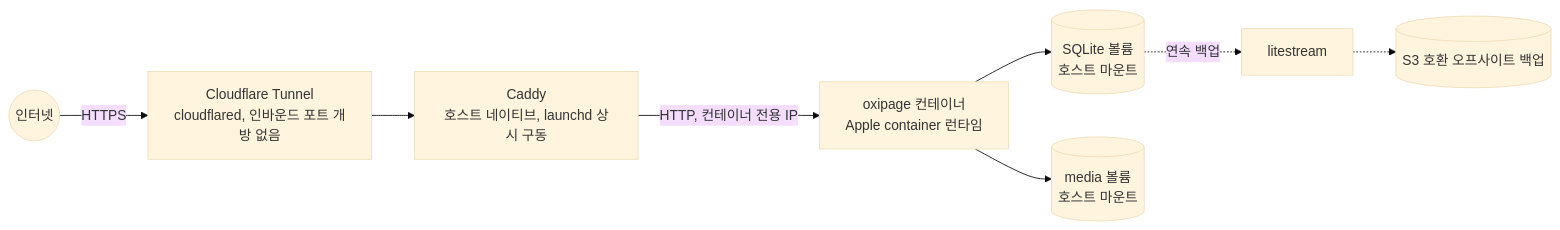
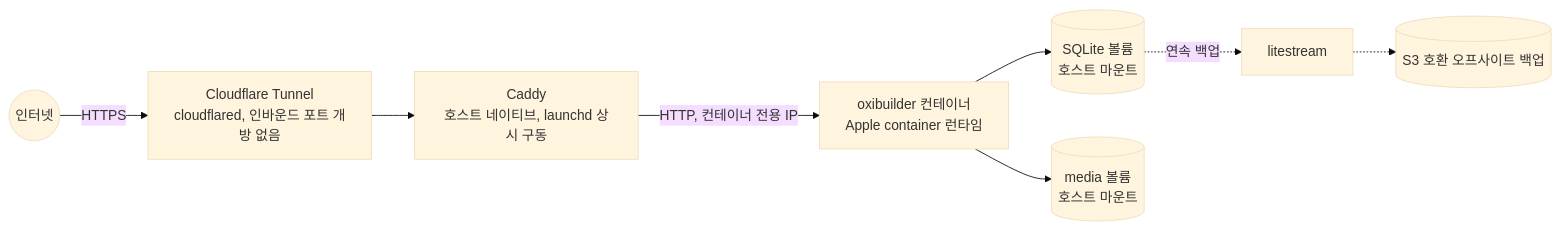
One commit to a7garden/oxipage changed the diagram in doc/05-deployment-self-hosting.md. Above: the diagram before and after it, drawn with Mermaid (base theme). The commit also changed other lines of this file and 399 other files, not shown here.

First line of the commit message:
refactor: rename oxipage → oxibuilder

````diff
--- a/doc/05-deployment-self-hosting.md
+++ b/doc/05-deployment-self-hosting.md
@@ -23,9 +23,9 @@
 ```mermaid
 graph LR
     Internet((인터넷)) -->|HTTPS| CF[Cloudflare Tunnel<br/>cloudflared, 인바운드 포트 개방 없음]
     CF --> Caddy[Caddy<br/>호스트 네이티브, launchd 상시 구동]
-    Caddy -->|HTTP, 컨테이너 전용 IP| App[oxipage 컨테이너<br/>Apple container 런타임]
+    Caddy -->|HTTP, 컨테이너 전용 IP| App[oxibuilder 컨테이너<br/>Apple container 런타임]
     App --> Vol1[(SQLite 볼륨<br/>호스트 마운트)]
     App --> Vol2[(media 볼륨<br/>호스트 마운트)]
     Vol1 -.연속 백업.-> Litestream[litestream] -.-> Offsite[(S3 호환 오프사이트 백업)]
 ```
````
